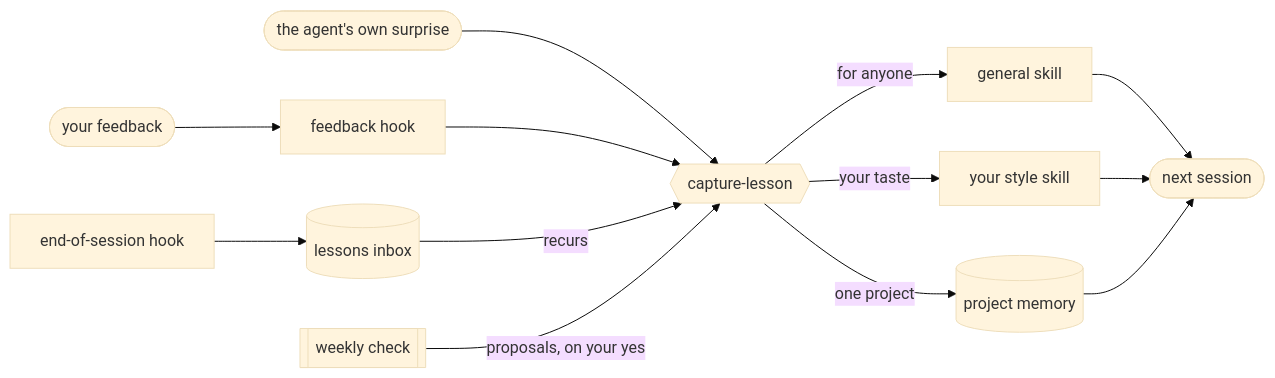
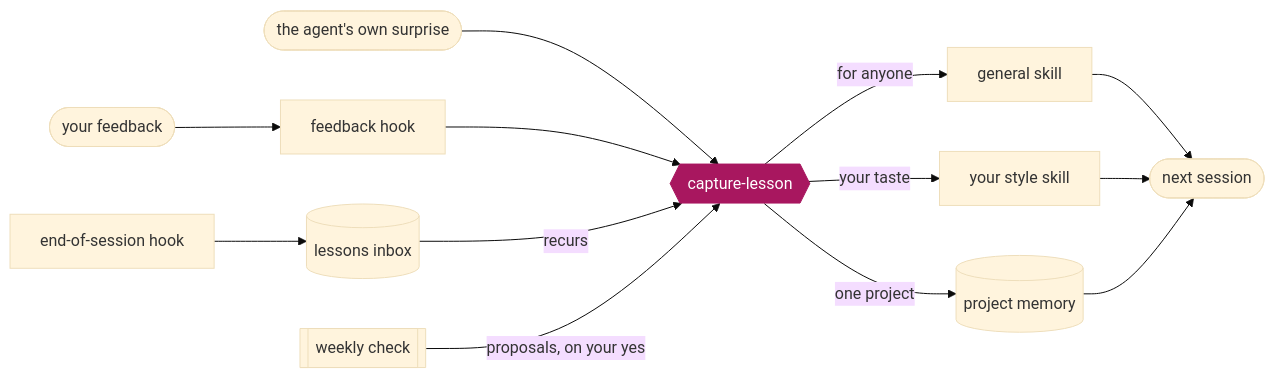
One commit to kat-titter/claude-code-learns changed the diagram in README.md. Above: the diagram before and after it, drawn with Mermaid (base theme). The commit also changed other lines of this file, not shown here.

Commit message:
README: Datum Line style (tagline, links line, numbered sections, colophon), accent on the core node, install tip

````diff
--- a/README.md
+++ b/README.md
@@ -8,15 +13,17 @@
 ```mermaid
 flowchart LR
   you(["your feedback"]) --> hook["feedback hook"]
   self(["the agent's own surprise"]) --> cap
   hook --> cap{{"capture-lesson"}}
   stop["end-of-session hook"] --> inbox[("lessons inbox")]
   inbox -->|"recurs"| cap
   cap -->|"for anyone"| general["general skill"]
   cap -->|"your taste"| taste["your style skill"]
   cap -->|"one project"| memory[("project memory")]
   general --> next(["next session"])
   taste --> next
   memory --> next
   week[["weekly check"]] -->|"proposals, on your yes"| cap
+  classDef core fill:#a8175f,stroke:#a8175f,color:#ffffff
+  class cap core
 ```
````
